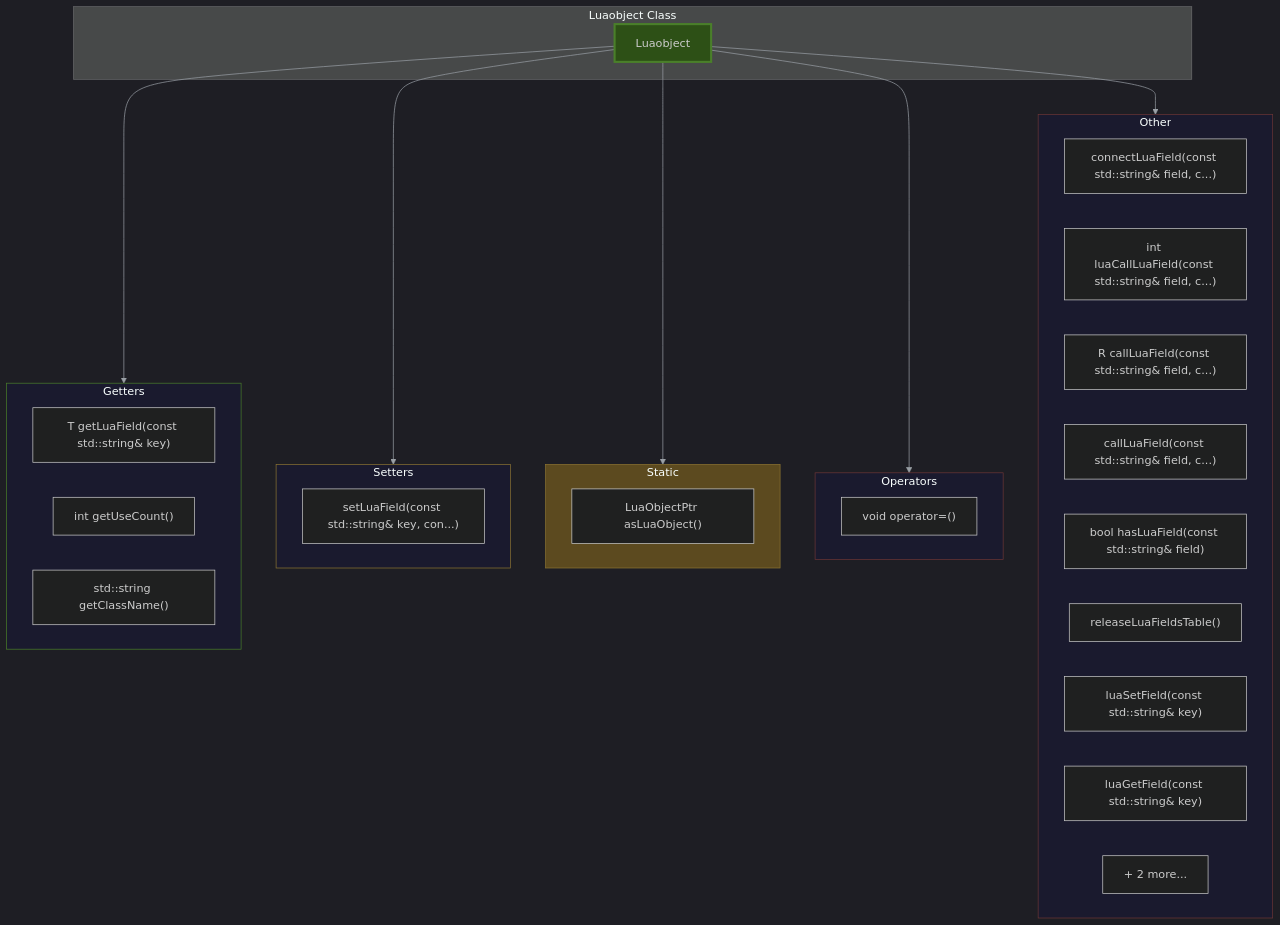
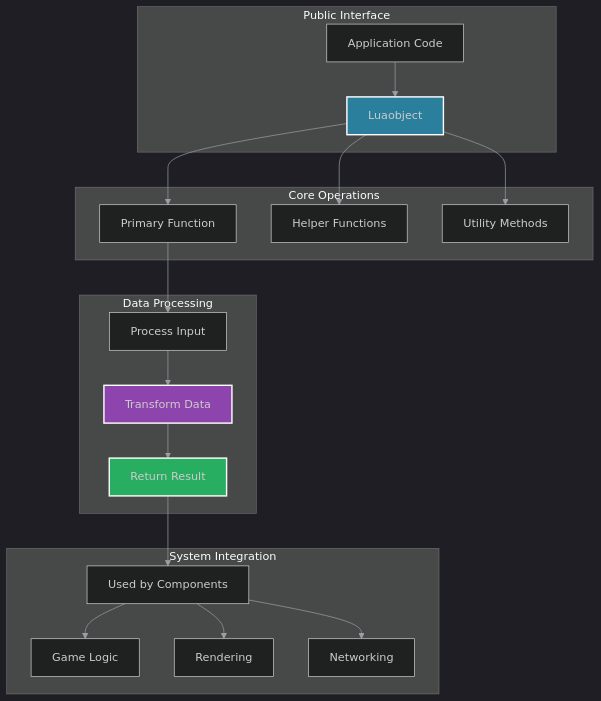
One commit to lukaszj321/otcv8-dev changed the diagram in docs/authoring/01_core/api/cpp/framework/diagrams/luaobject.mmd. Above: the diagram before and after it, drawn with Mermaid. The commit also changed 222 other files, not shown here.

Commit message:
refactor: convert all diagrams to conceptual flow format - no truncation, context-focused

```diff
--- a/docs/authoring/01_core/api/cpp/framework/diagrams/luaobject.mmd
+++ b/docs/authoring/01_core/api/cpp/framework/diagrams/luaobject.mmd
@@ -1,44 +1,28 @@
 %%{init: {'theme':'dark','themeVariables': {'primaryTextColor':'#ddd','lineColor':'#9aa0a6'},'securityLevel':'loose'}}%%
-graph TB
-    subgraph Class["Luaobject Class"]
-        MAIN["Luaobject"]
-    end
-    
-    subgraph Getters["Getters"]
-        Getters_0["T getLuaField(const std::string& key)"]
-        Getters_1["int getUseCount()"]
-        Getters_2["std::string getClassName()"]
+graph TD
+    subgraph Interface["Public Interface"]
+        A[Application Code] --> B[Luaobject]
     end
 
-    subgraph Setters["Setters"]
-        Setters_0["setLuaField(const std::string& key, con...)"]
+    subgraph Operations["Core Operations"]
+        B --> C[Primary Function]
+        B --> D[Helper Functions]
+        B --> E[Utility Methods]
     end
 
-    subgraph Static["Static"]
-        Static_0["LuaObjectPtr asLuaObject()"]
+    subgraph Processing["Data Processing"]
+        C --> F[Process Input]
+        F --> G[Transform Data]
+        G --> H[Return Result]
     end
 
-    subgraph Operators["Operators"]
-        Operators_0["void operator=()"]
+    subgraph Integration["System Integration"]
+        H --> I[Used by Components]
+        I --> J[Game Logic]
+        I --> K[Rendering]
+        I --> L[Networking]
     end
 
-    subgraph Other["Other"]
-        Other_0["connectLuaField(const std::string& field, c...)"]
-        Other_1["int luaCallLuaField(const std::string& field, c...)"]
-        Other_2["R callLuaField(const std::string& field, c...)"]
-        Other_3["callLuaField(const std::string& field, c...)"]
-        Other_4["bool hasLuaField(const std::string& field)"]
-        Other_5["releaseLuaFieldsTable()"]
-        Other_6["luaSetField(const std::string& key)"]
-        Other_7["luaGetField(const std::string& key)"]
-        Other_MORE["+ 2 more..."]
-    end
-
-    MAIN --> Getters & Setters & Static & Operators & Other
-
-    style MAIN fill:#2d5016,stroke:#4a7f2a,stroke-width:3px
-    style Getters fill:#1a1a2e,stroke:#4a7f2a
-    style Setters fill:#1a1a2e,stroke:#8b7332
-    style Static fill:#5c4a1f,stroke:#8b7332
-    style Operators fill:#1a1a2e,stroke:#6b3535
-    style Other fill:#1a1a2e,stroke:#6b3535
+    style B fill:#2a7f9c,stroke:#fff,stroke-width:2px
+    style G fill:#8e44ad,stroke:#fff,stroke-width:2px
+    style H fill:#27ae60,stroke:#fff,stroke-width:2px
```
